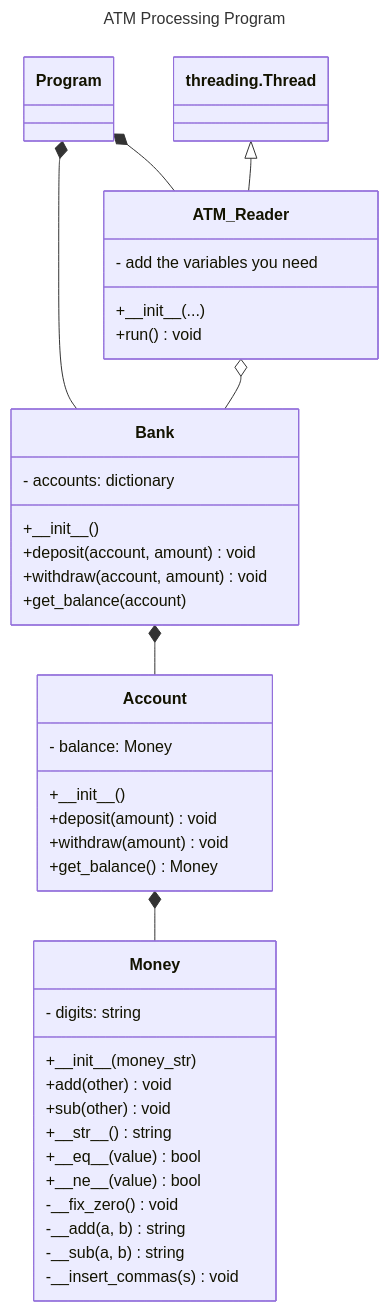
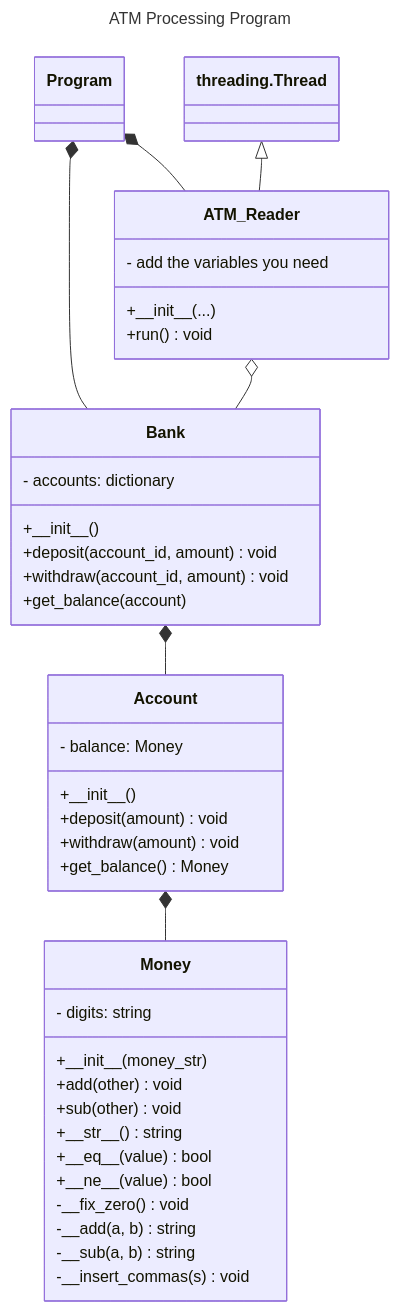
The first of 2 diagrams in lesson_02/canvas/prove.md (byui-cse/cse351-student-version), drawn with Mermaid before and after one commit.

Commit message:
Added more info about UML diagram

````diff
--- a/lesson_02/canvas/prove.md
+++ b/lesson_02/canvas/prove.md
@@ -43,53 +43,53 @@
 ```mermaid
 ---
 title: ATM Processing Program
 ---
 classDiagram
 
     Program *-- Bank
     Program *-- ATM_Reader
     Bank *-- Account
     Account *-- Money
 
     class threading.Thread {
     }
 
     class Bank{
         - accounts: dictionary
         +\_\_init__()
-        +deposit(account, amount) void
-        +withdraw(account, amount) void
+        +deposit(account_id, amount) void
+        +withdraw(account_id, amount) void
         +get_balance(account)
     }
 
     class Account{
         - balance: Money
         +\_\_init__()
         +deposit(amount) void
         +withdraw(amount) void
         +get_balance() Money
     }
 
     class ATM_Reader{
         - add the variables you need
         +\_\_init__(...)
         +run() void
     }
 
     class Money{
         - digits: string
         +\_\_init__(money_str)
         +add(other) void
         +sub(other) void
         +\_\_str__() string
         +\_\_eq__(value) bool
         +\_\_ne__(value) bool
         -__fix_zero() void
         -__add(a, b) string
         -__sub(a, b)string
         -__insert_commas(s) void
     }
     
     threading.Thread <|-- ATM_Reader 
     ATM_Reader o-- Bank
 ```
````
